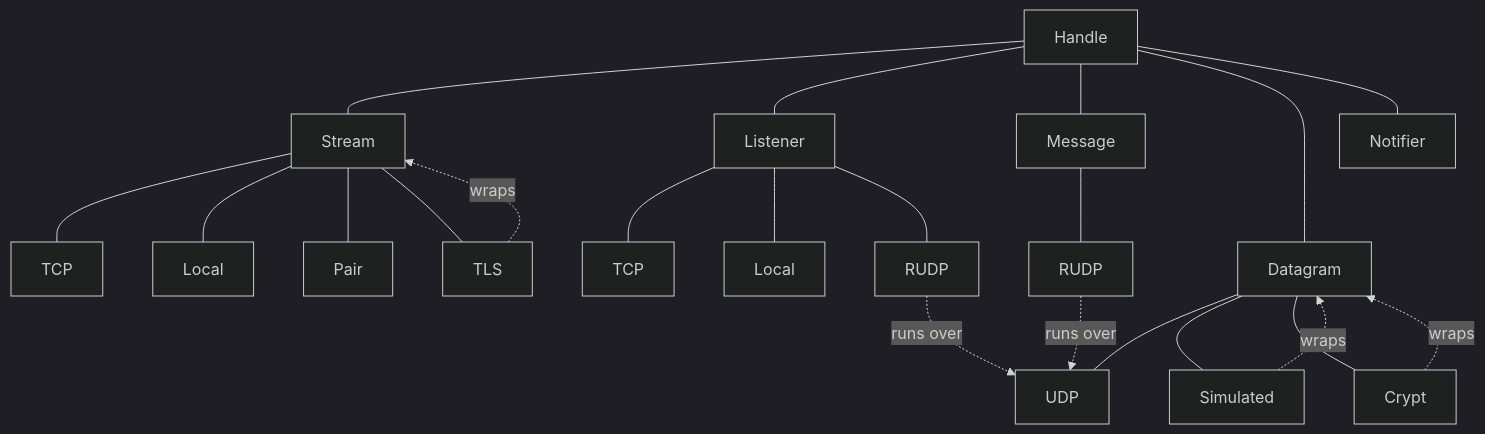
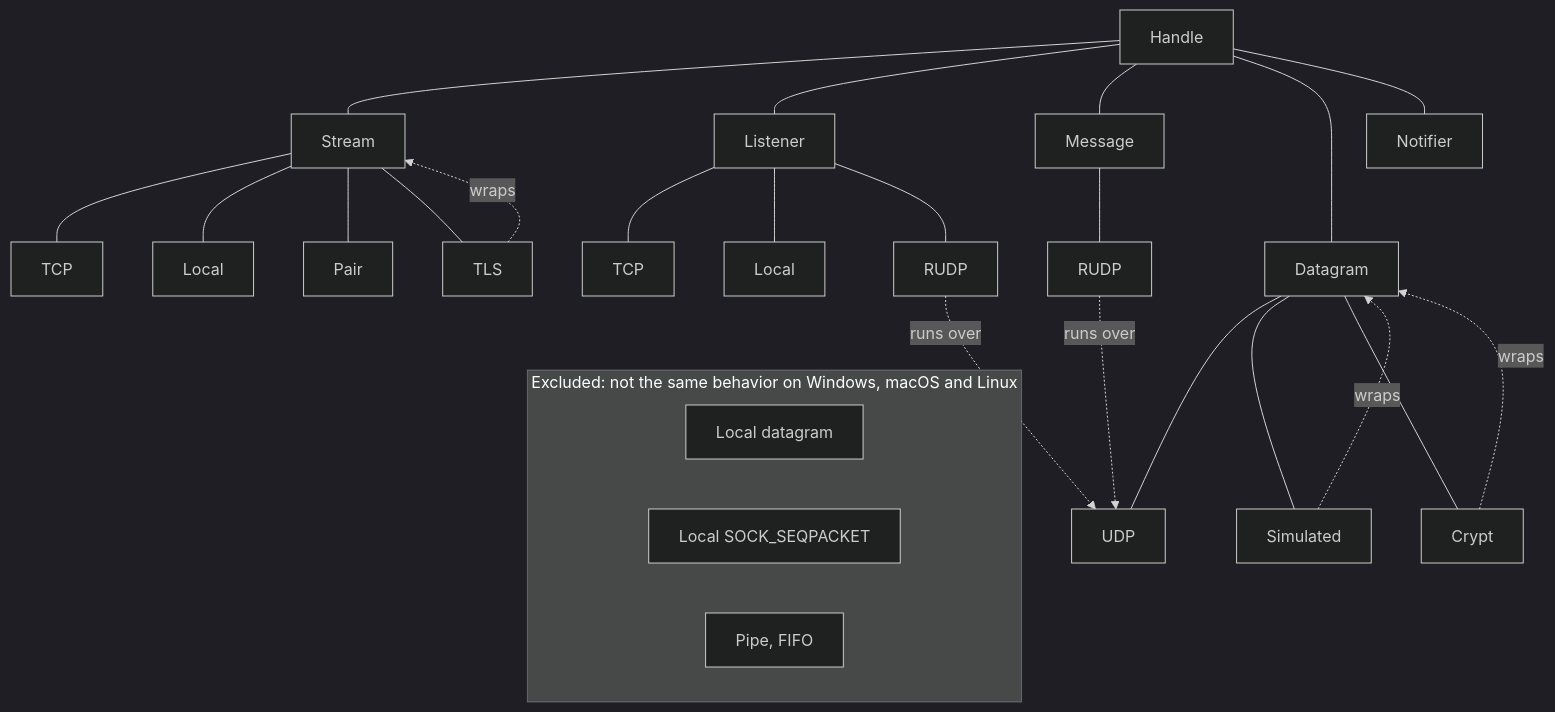
The diagram in docs/decisions/0001-socket-model.md (VMNL/vmnl-net), drawn with Mermaid (dark theme) before and after one commit. The commit also changed other lines of this file, not shown here.

Commit message:
docs: show the excluded sockets in the socket model record
The record of the socket model draws and explains the kinds left out of
the public API, because they do not behave the same on Windows, macOS
and Linux.

````diff
--- a/docs/decisions/0001-socket-model.md
+++ b/docs/decisions/0001-socket-model.md
@@ -27,42 +27,50 @@
 ```mermaid
 flowchart TB
     Handle["Handle"]
     Stream["Stream"]
     Listener["Listener"]
     Message["Message"]
     Datagram["Datagram"]
     Notifier["Notifier"]
     TCP["TCP"]
     LocalStream["Local"]
     Pair["Pair"]
     TLS["TLS"]
     TCPListener["TCP"]
     LocalListener["Local"]
     RUDPListener["RUDP"]
     RUDP["RUDP"]
     UDP["UDP"]
     Simulated["Simulated"]
     Crypt["Crypt"]
 
     Handle --- Stream
     Handle --- Listener
     Handle --- Message
     Handle --- Datagram
     Handle --- Notifier
     Stream --- TCP
     Stream --- LocalStream
     Stream --- Pair
     Stream --- TLS
     Listener --- TCPListener
     Listener --- LocalListener
     Listener --- RUDPListener
     Message --- RUDP
     Datagram --- UDP
     Datagram --- Simulated
     Datagram --- Crypt
     RUDP -. "runs over" .-> UDP
     RUDPListener -. "runs over" .-> UDP
     TLS -. "wraps" .-> Stream
     Simulated -. "wraps" .-> Datagram
     Crypt -. "wraps" .-> Datagram
+
+    subgraph Excluded["Excluded: not the same behavior on Windows, macOS and Linux"]
+        direction LR
+        LocalDatagram["Local datagram"]
+        LocalSeqpacket["Local SOCK_SEQPACKET"]
+        Pipe["Pipe, FIFO"]
+    end
+    LocalListener ~~~ Excluded
 ```
````
